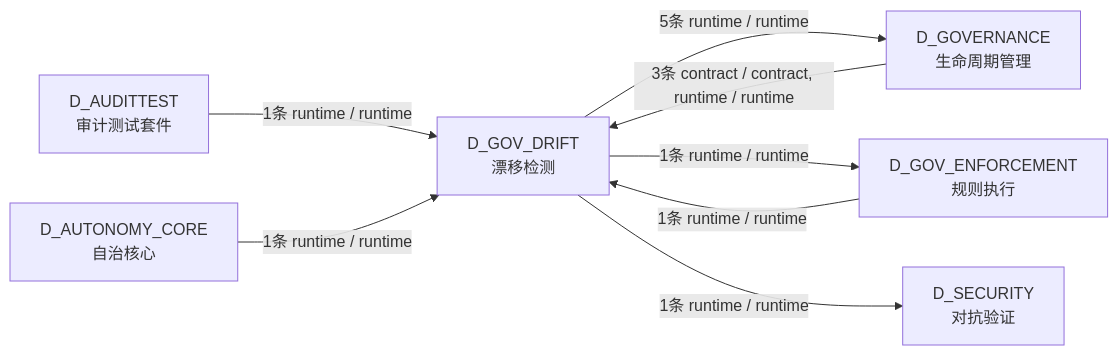
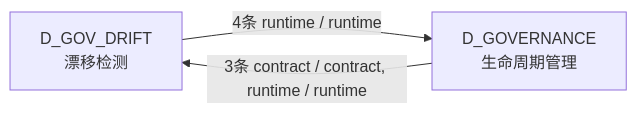
One commit to xuanFelixVan/ZephyrAlpha changed the third of 3 diagrams in docs/02_enterprise_architecture/02_domain_architecture_docs/34_d_gov_drift.md. Above: the diagram before and after it, drawn with Mermaid. The commit also changed other lines of this file and 100 other files, not shown here.

````diff
--- a/docs/02_enterprise_architecture/02_domain_architecture_docs/34_d_gov_drift.md
+++ b/docs/02_enterprise_architecture/02_domain_architecture_docs/34_d_gov_drift.md
@@ -173,16 +145,7 @@
 ```mermaid
 graph LR
     D_GOV_DRIFT["D_GOV_DRIFT<br/>漂移检测"]
     D_GOVERNANCE["D_GOVERNANCE<br/>生命周期管理"]
-    D_GOV_ENFORCEMENT["D_GOV_ENFORCEMENT<br/>规则执行"]
-    D_SECURITY["D_SECURITY<br/>对抗验证"]
-    D_AUDITTEST["D_AUDITTEST<br/>审计测试套件"]
-    D_AUTONOMY_CORE["D_AUTONOMY_CORE<br/>自治核心"]
-    D_GOV_DRIFT -->|5条 runtime / runtime| D_GOVERNANCE
-    D_GOV_DRIFT -->|1条 runtime / runtime| D_GOV_ENFORCEMENT
-    D_GOV_DRIFT -->|1条 runtime / runtime| D_SECURITY
+    D_GOV_DRIFT -->|4条 runtime / runtime| D_GOVERNANCE
     D_GOVERNANCE -->|3条 contract / contract, runtime / runtime| D_GOV_DRIFT
-    D_AUDITTEST -->|1条 runtime / runtime| D_GOV_DRIFT
-    D_AUTONOMY_CORE -->|1条 runtime / runtime| D_GOV_DRIFT
-    D_GOV_ENFORCEMENT -->|1条 runtime / runtime| D_GOV_DRIFT
 ```
````
